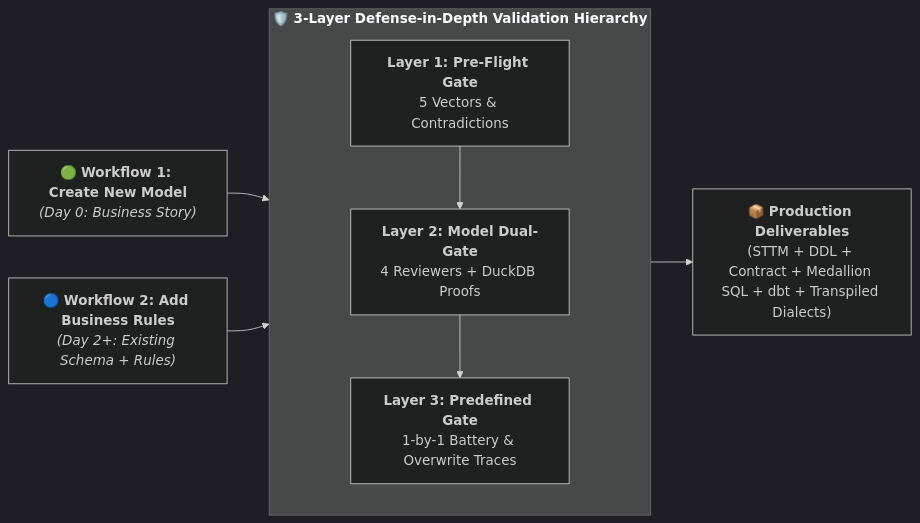
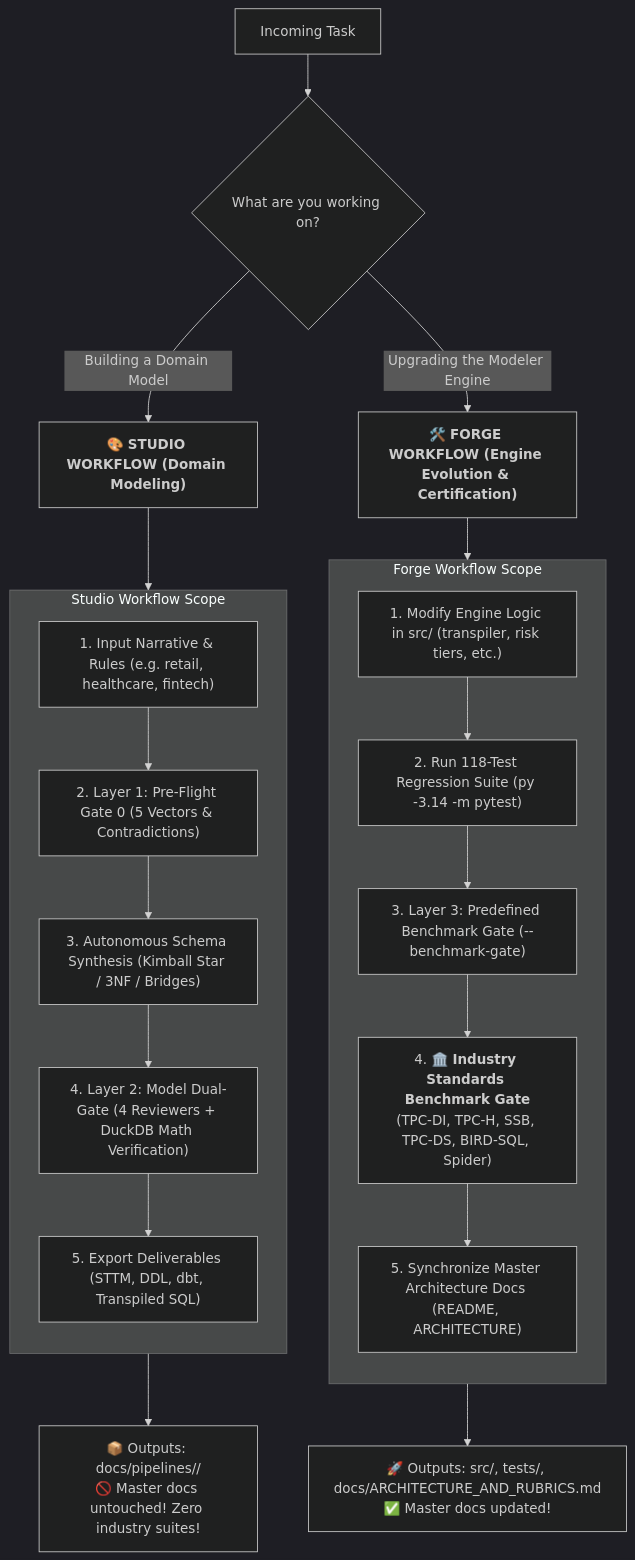
One commit to rachardv/data-model-architect changed the first of 2 diagrams in README.md. Above: the diagram before and after it, drawn with Mermaid (dark theme). The commit also changed other lines of this file and 4 other files, not shown here.

Commit message:
feat(workflows): decouple Studio and Forge workflows and move industry standards gate to Forge

````diff
--- a/README.md
+++ b/README.md
@@ -52,16 +52,40 @@
 ```mermaid
-flowchart LR
-    W1["🟢 <b>Workflow 1: Create New Model</b><br/><i>(Day 0: Business Story)</i>"]
-    W2["🔵 <b>Workflow 2: Add Business Rules</b><br/><i>(Day 2+: Existing Schema + Rules)</i>"]
+flowchart TD
+    UserReq["Incoming Task"] --> Choice{"What are you working on?"}
+
+    %% ------------------------------------------------------------------------
+    %% WORKFLOW 1: STUDIO FLOW
+    %% ------------------------------------------------------------------------
+    Choice -->|Building a Domain Model| Studio["🎨 <b>STUDIO WORKFLOW (Domain Modeling)</b>"]
     
-    subgraph VALIDATION["🛡️ <b>3-Layer Defense-in-Depth Validation Hierarchy</b>"]
-        L1["<b>Layer 1: Pre-Flight Gate</b><br>5 Vectors & Contradictions"]
-        L2["<b>Layer 2: Model Dual-Gate</b><br>4 Reviewers + DuckDB Proofs"]
-        L3["<b>Layer 3: Predefined Gate</b><br>1-by-1 Battery & Overwrite Traces"]
-        L1 --> L2 --> L3
+    subgraph StudioFlow["Studio Workflow Scope"]
+        direction TB
+        S1["1. Input Narrative & Rules (e.g. retail, healthcare, fintech)"]
+        S2["2. Layer 1: Pre-Flight Gate 0 (5 Vectors & Contradictions)"]
+        S3["3. Autonomous Schema Synthesis (Kimball Star / 3NF / Bridges)"]
+        S4["4. Layer 2: Model Dual-Gate (4 Reviewers + DuckDB Math Verification)"]
+        S5["5. Export Deliverables (STTM, DDL, dbt, Transpiled SQL)"]
+        S1 --> S2 --> S3 --> S4 --> S5
     end
+
+    Studio --> StudioFlow
+    S5 --> StudioOut["📦 Outputs: docs/pipelines/<domain>/<br>🚫 Master docs untouched! Zero industry suites!"]
+
+    %% ------------------------------------------------------------------------
+    %% WORKFLOW 2: FORGE FLOW
+    %% ------------------------------------------------------------------------
+    Choice -->|Upgrading the Modeler Engine| Forge["🛠️ <b>FORGE WORKFLOW (Engine Evolution & Certification)</b>"]
     
-    OUT["📦 <b>Production Deliverables</b><br>(STTM + DDL + Contract + Medallion SQL + dbt + Transpiled Dialects)"]
-    
-    W1 & W2 --> VALIDATION --> OUT
+    subgraph ForgeFlow["Forge Workflow Scope"]
+        direction TB
+        F1["1. Modify Engine Logic in src/ (transpiler, risk tiers, etc.)"]
+        F2["2. Run 118-Test Regression Suite (py -3.14 -m pytest)"]
+        F3["3. Layer 3: Predefined Benchmark Gate (--benchmark-gate)"]
+        F4["4. 🏛️ <b>Industry Standards Benchmark Gate</b><br>(TPC-DI, TPC-H, SSB, TPC-DS, BIRD-SQL, Spider)"]
+        F5["5. Synchronize Master Architecture Docs (README, ARCHITECTURE)"]
+        F1 --> F2 --> F3 --> F4 --> F5
+    end
+
+    Forge --> ForgeFlow
+    F5 --> ForgeOut["🚀 Outputs: src/, tests/, docs/ARCHITECTURE_AND_RUBRICS.md<br>✅ Master docs updated!"]
 ```
````
